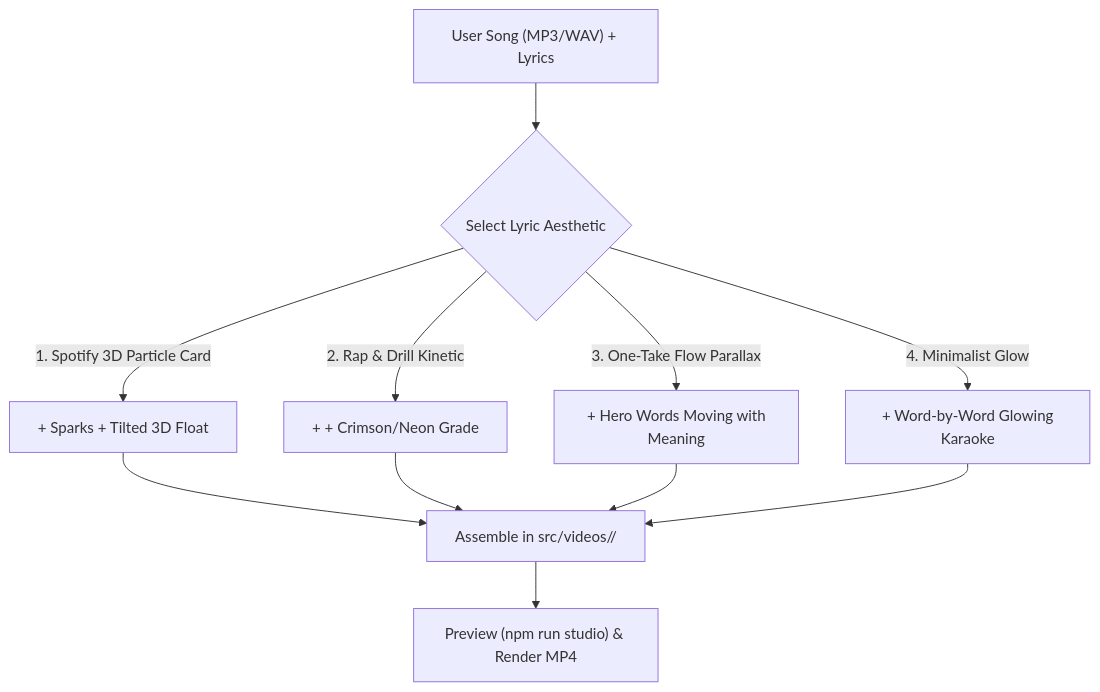
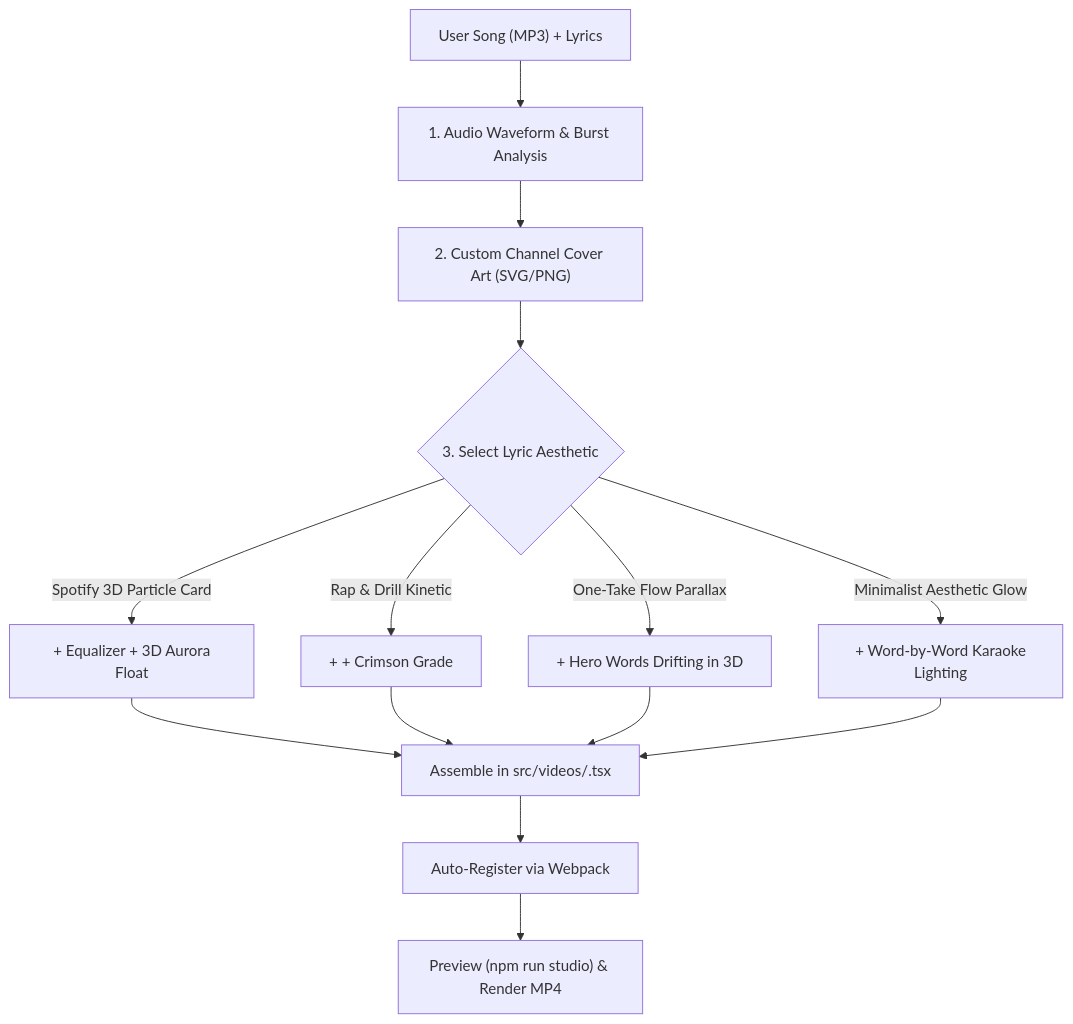
Before and after one commit to RiadDeveloper/motion-animation: the diagram in .agents/skills/lyrics/SKILL.md, drawn with Mermaid. The commit also changed other lines of this file and 15 other files, not shown here.

````diff
--- a/.agents/skills/lyrics/SKILL.md
+++ b/.agents/skills/lyrics/SKILL.md
@@ -17,12 +26,15 @@
 ```mermaid
 flowchart TD
-    Song["User Song (MP3/WAV) + Lyrics"] --> StyleSelector{"Select Lyric Aesthetic"}
+    Song["User Song (MP3) + Lyrics"] --> Analyze["1. Audio Waveform & Burst Analysis"]
+    Analyze --> Cover["2. Custom Channel Cover Art (SVG/PNG)"]
+    Cover --> StyleSelector{"3. Select Lyric Aesthetic"}
     
-    StyleSelector -->|"1. Spotify 3D Particle Card"| S1["<SpotifyLyricCard /> + Sparks + Tilted 3D Float"]
-    StyleSelector -->|"2. Rap & Drill Kinetic"| S2["<WordWall3D /> + <BeatCameraShake /> + Crimson/Neon Grade"]
-    StyleSelector -->|"3. One-Take Flow Parallax"| S3["<OneTakeCamera /> + Hero Words Moving with Meaning"]
-    StyleSelector -->|"4. Minimalist Glow"| S4["<MusicPlayerHUD /> + Word-by-Word Glowing Karaoke"]
+    StyleSelector -->|"Spotify 3D Particle Card"| S1["<SpotifyLyricCard /> + Equalizer + 3D Aurora Float"]
+    StyleSelector -->|"Rap & Drill Kinetic"| S2["<WordWall3D /> + <BeatCameraShake /> + Crimson Grade"]
+    StyleSelector -->|"One-Take Flow Parallax"| S3["<OneTakeCamera /> + Hero Words Drifting in 3D"]
+    StyleSelector -->|"Minimalist Aesthetic Glow"| S4["<MusicPlayerHUD /> + Word-by-Word Karaoke Lighting"]
     
-    S1 & S2 & S3 & S4 --> Assembly["Assemble in src/videos/<song-name>/"]
-    Assembly --> Render["Preview (npm run studio) & Render MP4"]
+    S1 & S2 & S3 & S4 --> Assembly["Assemble in src/videos/<song-name>.tsx"]
+    Assembly --> Sync["Auto-Register via Webpack"]
+    Sync --> Render["Preview (npm run studio) & Render MP4"]
 ```
````
